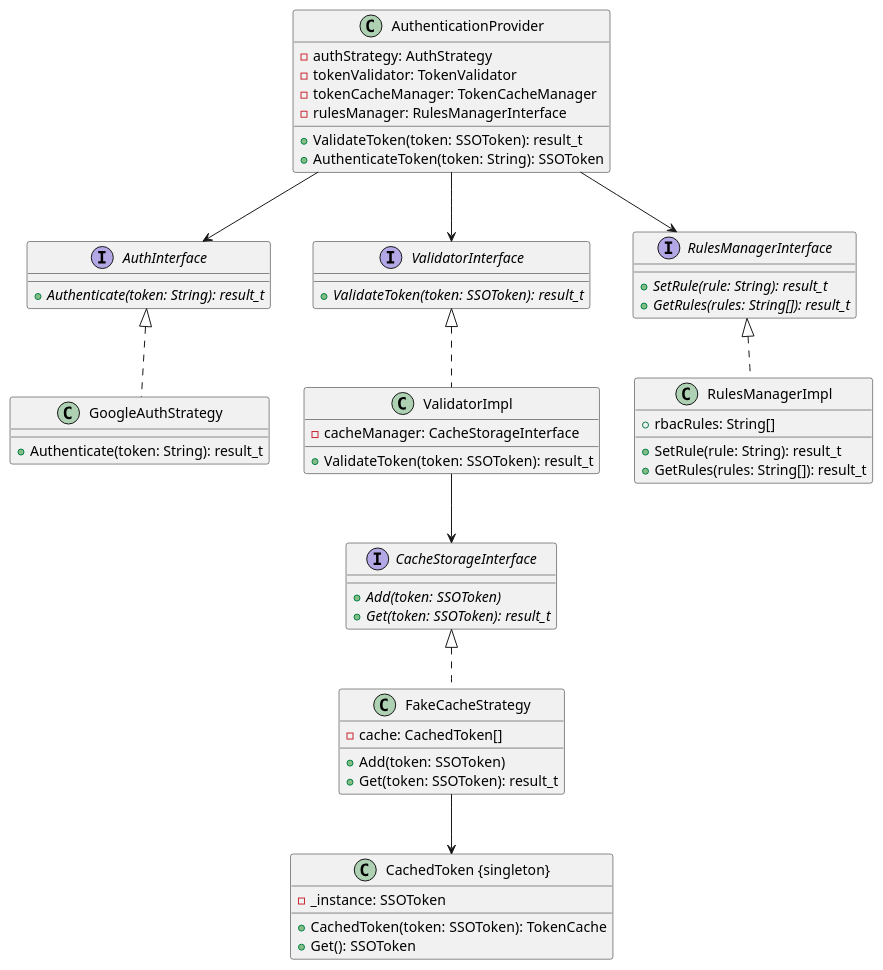
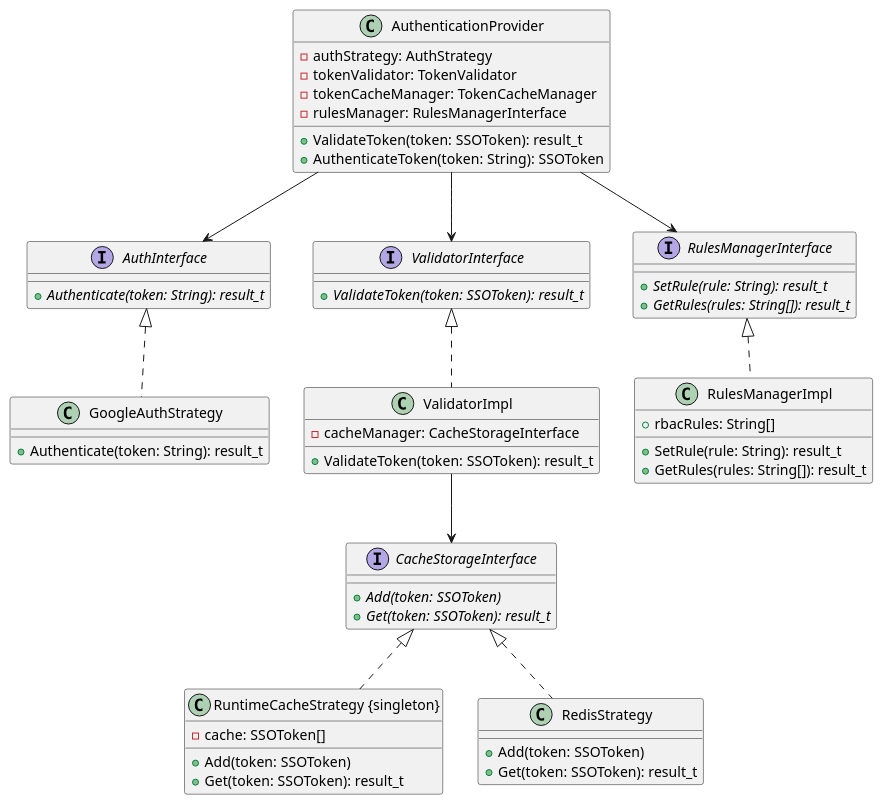
Before and after one commit to fanglores/Advanced-Software-Design: the diagram in PracticeTasks/Module2/Task_12/Authenticator.puml, drawn with PlantUML. The commit also changed 2 other files, not shown here.

```diff
--- a/PracticeTasks/Module2/Task_12/Authenticator.puml
+++ b/PracticeTasks/Module2/Task_12/Authenticator.puml
@@ -1,61 +1,59 @@
 @startuml
 class AuthenticationProvider {
   -authStrategy: AuthStrategy
   -tokenValidator: TokenValidator
   -tokenCacheManager: TokenCacheManager
   -rulesManager: RulesManagerInterface
   +ValidateToken(token: SSOToken): result_t
   +AuthenticateToken(token: String): SSOToken
 }
 
 interface AuthInterface {
   {abstract} +Authenticate(token: String): result_t
 }
 
 class GoogleAuthStrategy implements AuthInterface {
   +Authenticate(token: String): result_t
 }
 
 interface ValidatorInterface {
   {abstract} +ValidateToken(token: SSOToken): result_t
 }
 
 class ValidatorImpl implements ValidatorInterface {
   -cacheManager: CacheStorageInterface
   +ValidateToken(token: SSOToken): result_t
 }
 
 interface CacheStorageInterface {
   {abstract} +Add(token: SSOToken)
   {abstract} +Get(token: SSOToken): result_t
 }
 
-class FakeCacheStrategy implements CacheStorageInterface {
-  -cache: CachedToken[]
+class "RuntimeCacheStrategy {singleton}" implements CacheStorageInterface {
+  -cache: SSOToken[]
   +Add(token: SSOToken)
   +Get(token: SSOToken): result_t
 }
 
-class "CachedToken {singleton}" as CachedToken {
-  -_instance: SSOToken
-  +CachedToken(token: SSOToken): TokenCache
-  +Get(): SSOToken
+class RedisStrategy implements CacheStorageInterface {
+  +Add(token: SSOToken)
+  +Get(token: SSOToken): result_t
 }
 
 interface RulesManagerInterface {
   {abstract} +SetRule(rule: String): result_t
   {abstract} +GetRules(rules: String[]): result_t
 }
 
 class RulesManagerImpl implements RulesManagerInterface {
   +rbacRules: String[]
   +SetRule(rule: String): result_t
   +GetRules(rules: String[]): result_t
 }
 
 AuthenticationProvider --> AuthInterface
 AuthenticationProvider --> RulesManagerInterface
 AuthenticationProvider --> ValidatorInterface
 ValidatorImpl --> CacheStorageInterface
-FakeCacheStrategy --> CachedToken
 @enduml
```
